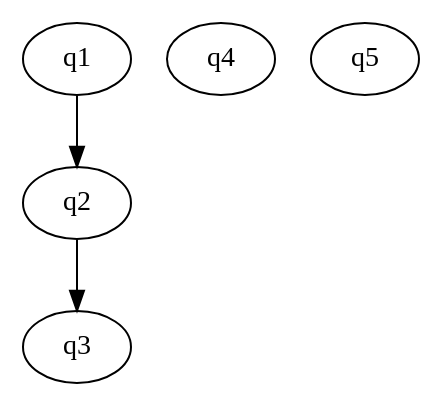
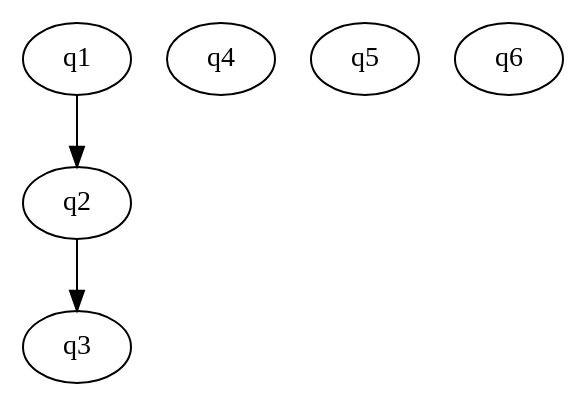
Before and after one commit to cdurden/algebra742: the diagram in algebra742live/content/question_digraphs/ch5.dot, drawn with Graphviz. The commit also changed 1 other file, not shown here.

```diff
--- a/algebra742live/content/question_digraphs/ch5.dot
+++ b/algebra742live/content/question_digraphs/ch5.dot
@@ -1,9 +1,10 @@
 digraph ch5 {
   start=q1;
   q1 [class="Question.AsyGraphicsDrawingQuestion",params="{'template': 'NumberLine.asy', 'min':'-8', 'max':'8', 'Question': 'Where are $-5$ and $2$ relative to each other?'}"];
   q2 [class="Question.QuestionOnePlusOne",params="{'Question': 'What is $1+1?'}"];
   q3 [class="Question.DrawingQuestion",params="{'Question': 'What is one plus one?'}"];
   q4 [class="Question.DotGraphicsQuestion",params="{'template': 'ch5.dot'}"];
   q5 [class="Question.SolutionQuestion",params="{'statement': 'x+3>70'}"];
+  q6 [class="Question.MultiPartQuestion",params="{'parts': [{'class':'Question.SolutionQuestion', 'params': {'statement': 'x+3>70'}}, {'class':'Question.SolutionQuestion', 'params': {'statement': 'x+3<70'}}, {'class':'Question.SolutionQuestion', 'params': {'statement': '5x<2'}}, {'class':'Question.SolutionQuestion', 'params': {'statement': '-5x<2'}}]]"];
   q1 -> q2 -> q3;
 }
```
